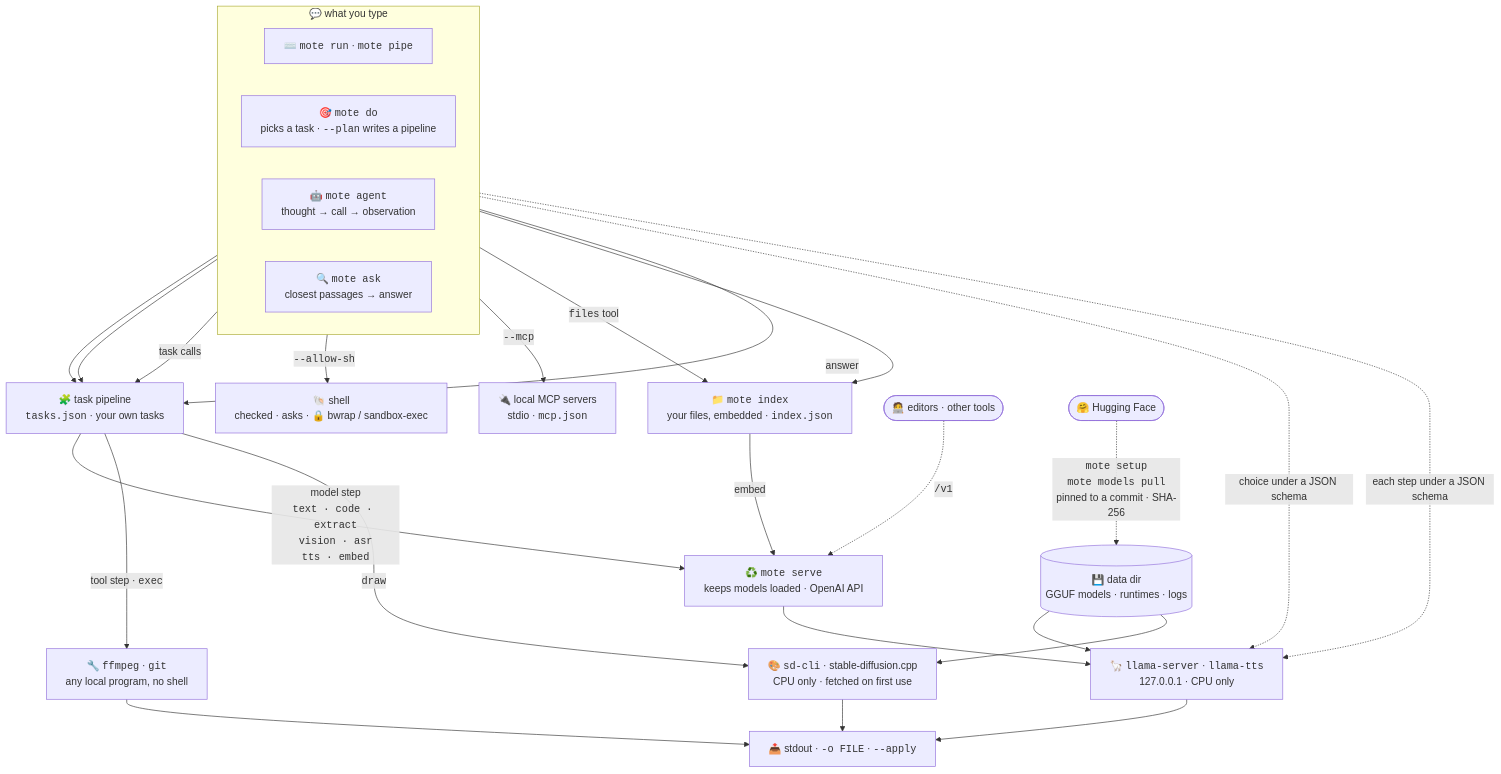
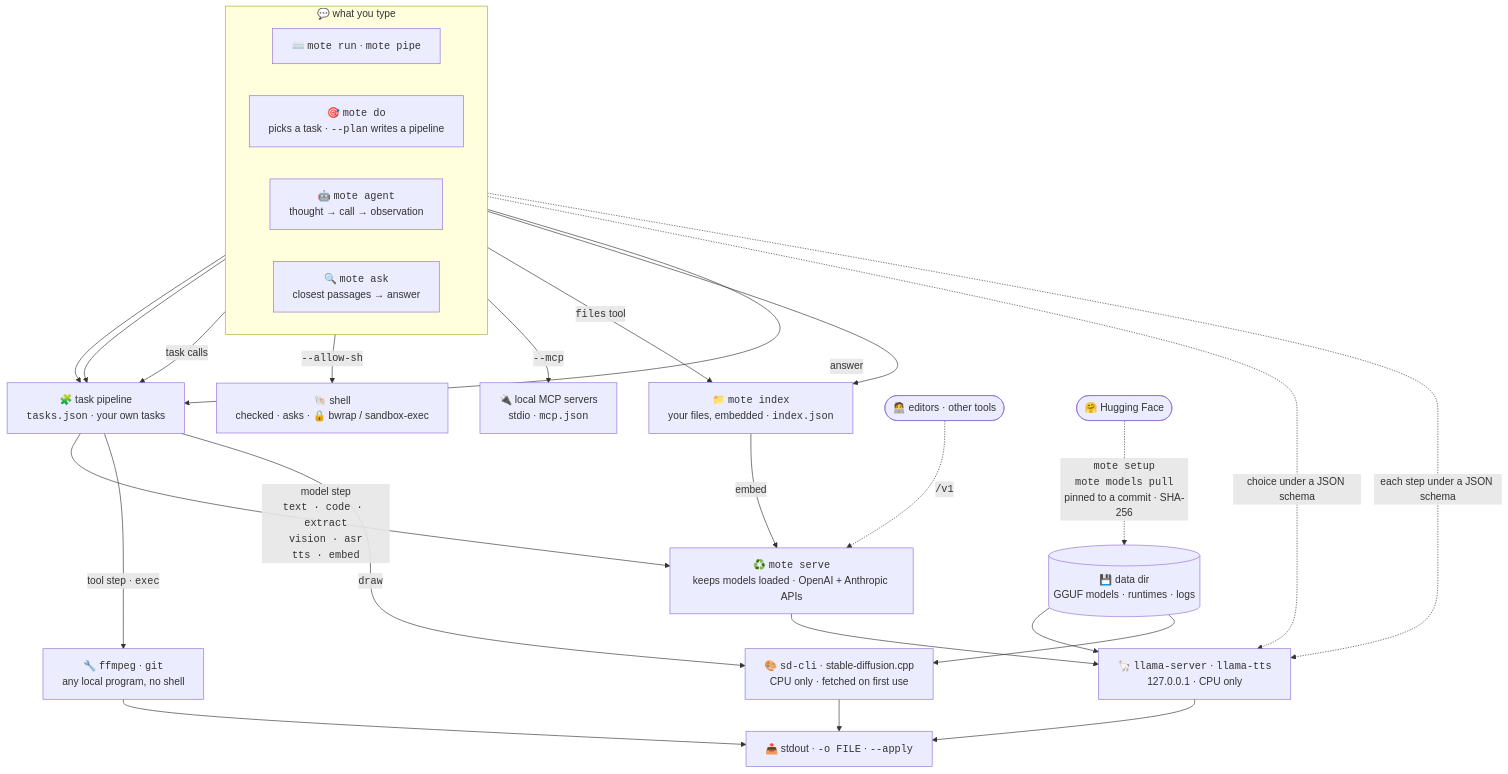
The first of 2 diagrams in README.md (JGalego/Mote), drawn with Mermaid before and after one commit. The commit also changed other lines of this file and 11 other files, not shown here.

First line of the commit message:
feat: mote claude runs Claude Code's agent and tools on a local model

````diff
--- a/README.md
+++ b/README.md
@@ -507,37 +527,37 @@
 ```mermaid
 %%{init: {"flowchart": {"wrappingWidth": 320}}}%%
 flowchart TD
   subgraph ask["💬 what you type"]
     direction LR
     RUN["⌨️ <code>mote run</code> · <code>mote pipe</code>"]
     DO["🎯 <code>mote do</code><br/>picks a task · <code>--plan</code> writes a pipeline"]
     AGENT["🤖 <code>mote agent</code><br/>thought → call → observation"]
     ASK["🔍 <code>mote ask</code><br/>closest passages → answer"]
   end
 
   RUN --> PIPE["🧩 task pipeline<br/><code>tasks.json</code> · your own tasks"]
   DO --> PIPE
   AGENT -- "task calls" --> PIPE
   AGENT -- "<code>--allow-sh</code>" --> SH["🐚 shell<br/>checked · asks · 🔒 bwrap / sandbox-exec"]
   AGENT -- "<code>--mcp</code>" --> MCP["🔌 local MCP servers<br/>stdio · <code>mcp.json</code>"]
   AGENT -- "<code>files</code> tool" --> INDEX
   ASK --> INDEX["📁 <code>mote index</code><br/>your files, embedded · <code>index.json</code>"]
   INDEX -- "embed" --> SERVE
   ASK -- "answer" --> PIPE
 
-  PIPE -- "model step<br/><code>text · code · extract</code><br/><code>vision · asr</code><br/><code>tts · embed</code>" --> SERVE["♻️ <code>mote serve</code><br/>keeps models loaded · OpenAI API"]
+  PIPE -- "model step<br/><code>text · code · extract</code><br/><code>vision · asr</code><br/><code>tts · embed</code>" --> SERVE["♻️ <code>mote serve</code><br/>keeps models loaded · OpenAI + Anthropic APIs"]
   EDITOR(["🧑‍💻 editors · other tools"]) -. "<code>/v1</code>" .-> SERVE
   SERVE --> LLAMA["🦙 <code>llama-server</code> · <code>llama-tts</code><br/>127.0.0.1 · CPU only"]
   DO -. "choice under a JSON schema" .-> LLAMA
   AGENT -. "each step under a JSON schema" .-> LLAMA
   PIPE -- "tool step · <code>exec</code>" --> TOOLS["🔧 <code>ffmpeg</code> · <code>git</code><br/>any local program, no shell"]
   PIPE -- "<code>draw</code>" --> SD["🎨 <code>sd-cli</code> · stable-diffusion.cpp<br/>CPU only · fetched on first use"]
 
   DATA[("💾 data dir<br/>GGUF models · runtimes · logs")] --> LLAMA
   DATA --> SD
   HF(["🤗 Hugging Face"]) -. "<code>mote setup</code><br/><code>mote models pull</code><br/>pinned to a commit · SHA-256" .-> DATA
 
   LLAMA --> OUT["📤 stdout · <code>-o FILE</code> · <code>--apply</code>"]
   TOOLS --> OUT
   SD --> OUT
 ```
````
